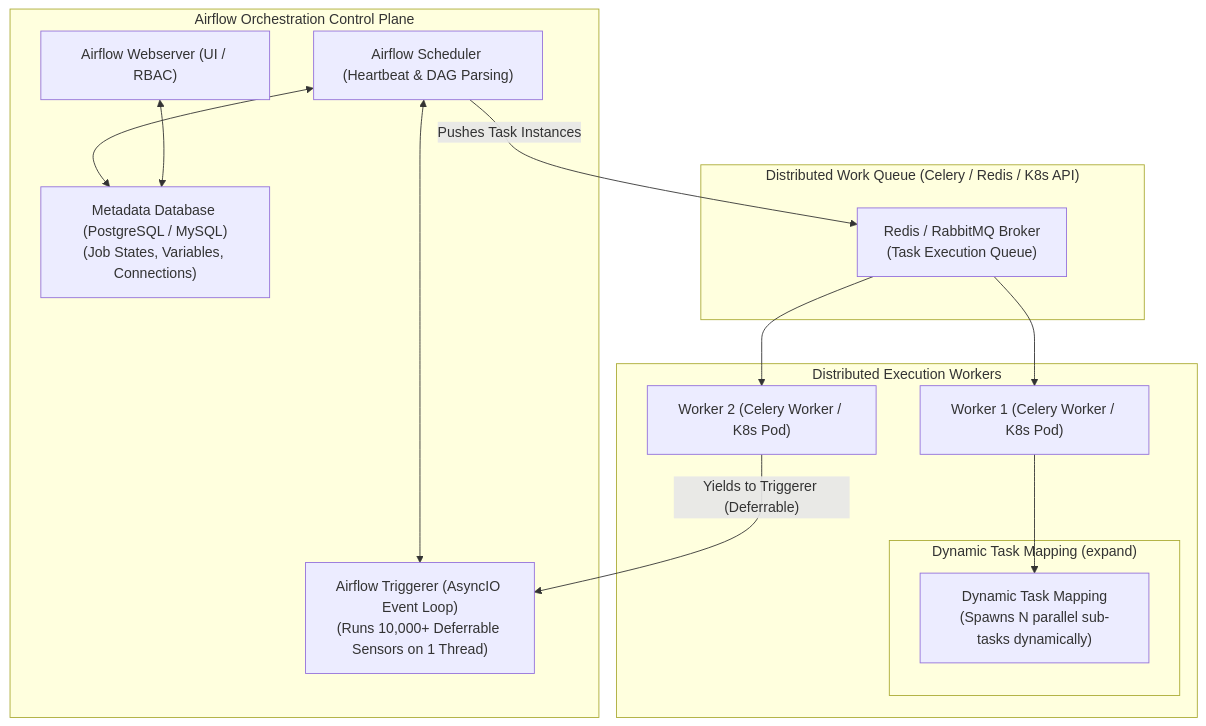
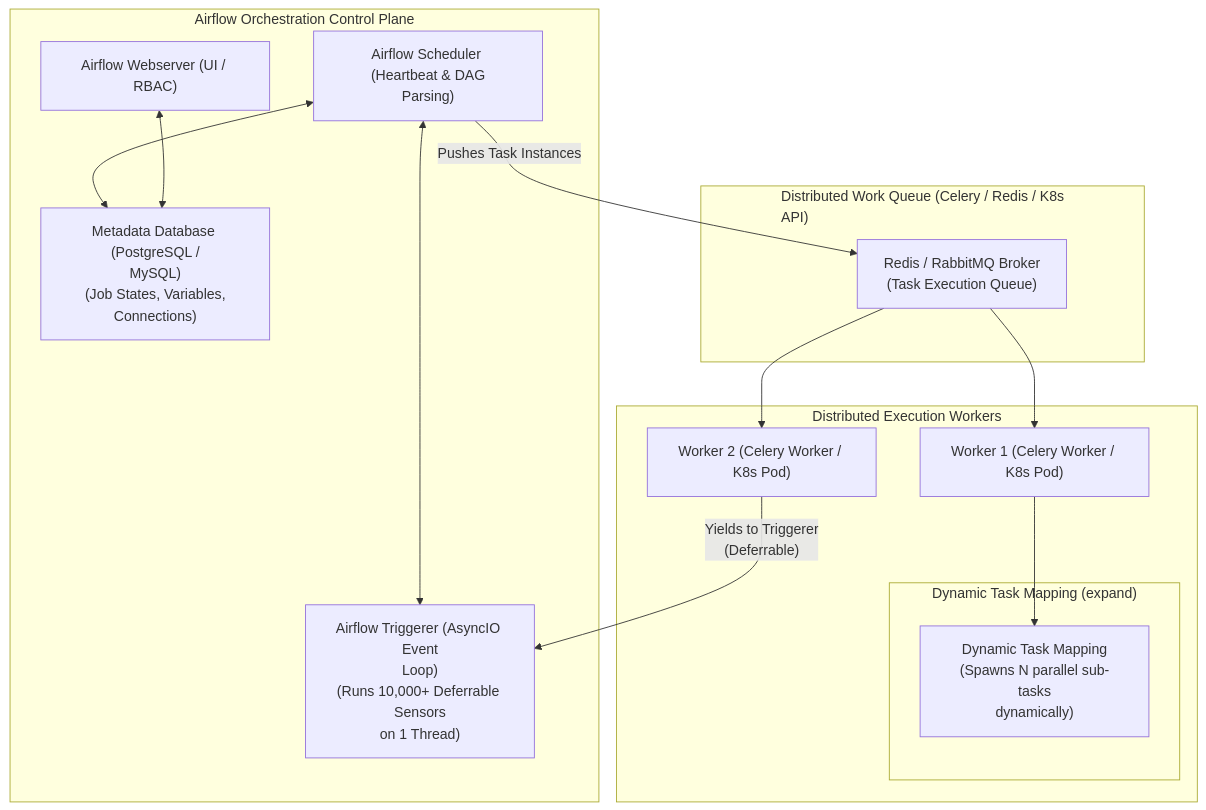
The fifth of 28 diagrams in docs/whiteboard_diagrams/handbook_whiteboard_blueprints.md (santoshjammi29/data-system-design-handbook), drawn with Mermaid before and after one commit. The commit also changed other lines of this file and 15 other files, not shown here.

Commit message:
fix(diagrams): word-wrap labels and escape comparison operators across all diagrams

````diff
--- a/docs/whiteboard_diagrams/handbook_whiteboard_blueprints.md
+++ b/docs/whiteboard_diagrams/handbook_whiteboard_blueprints.md
@@ -223,31 +223,31 @@
 ```mermaid
 flowchart TD
     subgraph ControlPlane ["Airflow Orchestration Control Plane"]
         Webserver["Airflow Webserver (UI / RBAC)"]
-        Scheduler["Airflow Scheduler (Heartbeat & DAG Parsing)"]
-        MetadataDB["Metadata Database (PostgreSQL / MySQL)\n(Job States, Variables, Connections)"]
-        Triggerer["Airflow Triggerer (AsyncIO Event Loop)\n(Runs 10,000+ Deferrable Sensors on 1 Thread)"]
+        Scheduler["Airflow Scheduler (Heartbeat & DAG<br/>Parsing)"]
+        MetadataDB["Metadata Database (PostgreSQL /<br/>MySQL)<br/>(Job States, Variables,<br/>Connections)"]
+        Triggerer["Airflow Triggerer (AsyncIO Event<br/>Loop)<br/>(Runs 10,000+ Deferrable Sensors<br/>on 1 Thread)"]
 
         Scheduler <--> MetadataDB
         Webserver <--> MetadataDB
         Scheduler <--> Triggerer
     end
 
-    subgraph QueuePlane ["Distributed Work Queue (Celery / Redis / K8s API)"]
-        Queue["Redis / RabbitMQ Broker\n(Task Execution Queue)"]
+    subgraph QueuePlane ["Distributed Work Queue (Celery / Redis / K8s<br/>API)"]
+        Queue["Redis / RabbitMQ Broker<br/>(Task Execution Queue)"]
         Scheduler -->|"Pushes Task Instances"| Queue
     end
 
     subgraph WorkerPlane ["Distributed Execution Workers"]
         Worker1["Worker 1 (Celery Worker / K8s Pod)"]
         Worker2["Worker 2 (Celery Worker / K8s Pod)"]
         Queue --> Worker1
         Queue --> Worker2
 
         subgraph Tasks ["Dynamic Task Mapping (expand)"]
-            TaskMap["Dynamic Task Mapping\n(Spawns N parallel sub-tasks dynamically)"]
+            TaskMap["Dynamic Task Mapping<br/>(Spawns N parallel sub-tasks<br/>dynamically)"]
         end
         Worker1 --> TaskMap
-        Worker2 -->|"Yields to Triggerer (Deferrable)"| Triggerer
+        Worker2 -->|"Yields to Triggerer<br/>(Deferrable)"| Triggerer
     end
 ```
````
